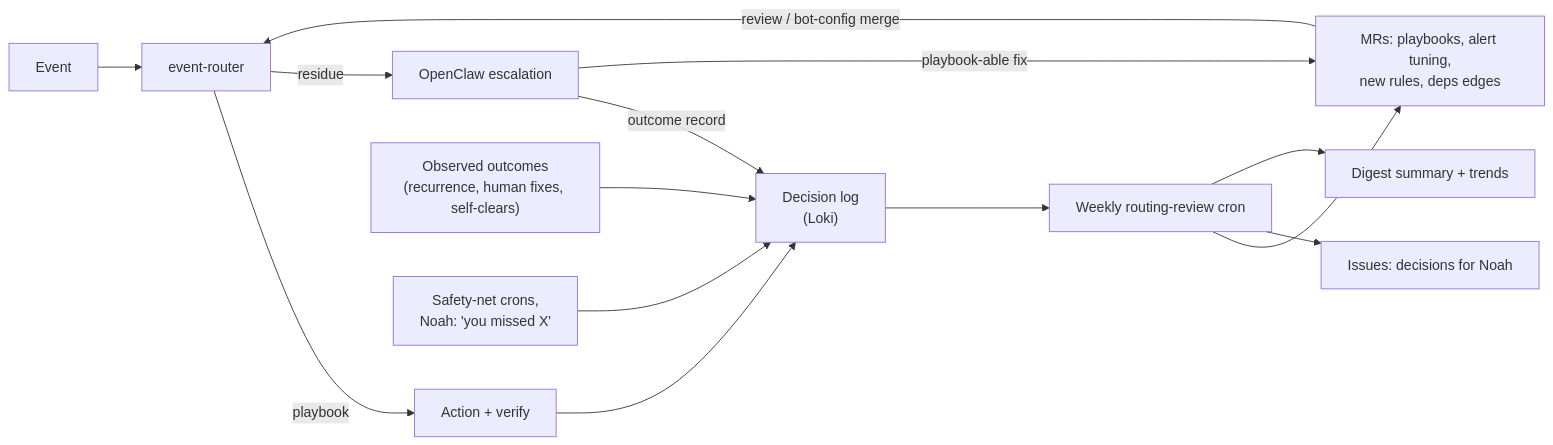
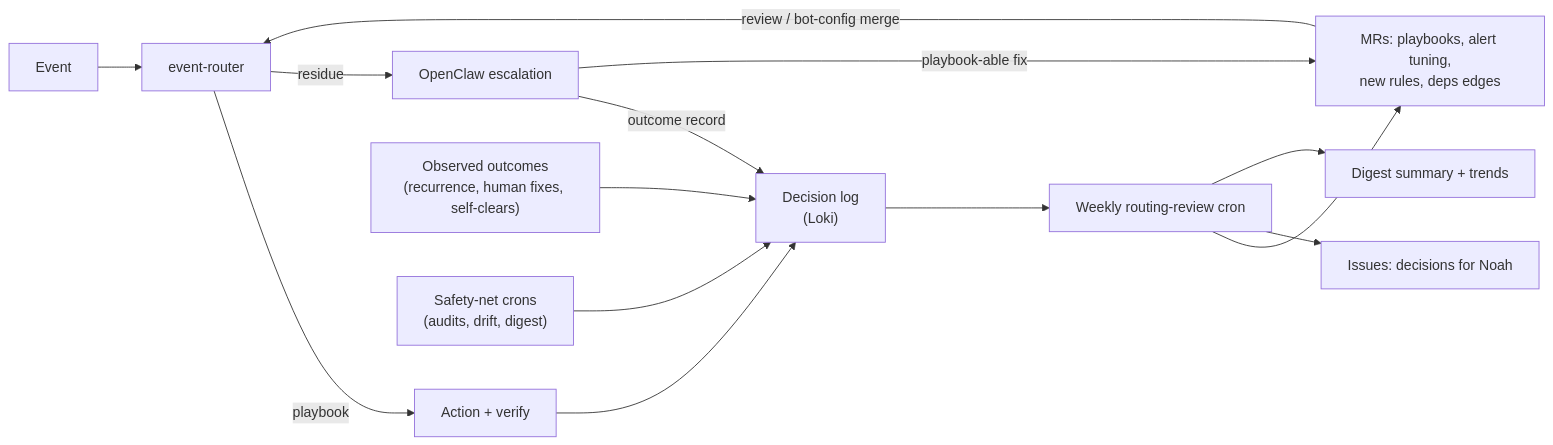
Before and after one commit to konturn/homelab: the third of 3 diagrams in docs/design/event-routing.md, drawn with Mermaid.

Commit message:
docs(event-routing): drop human-report node from diagram

````diff
--- a/docs/design/event-routing.md
+++ b/docs/design/event-routing.md
@@ -536,16 +536,16 @@
 ```mermaid
 graph LR
     ev["Event"] --> rt["event-router"]
     rt -- "playbook" --> pb["Action + verify"]
     rt -- "residue" --> oc["OpenClaw escalation"]
     pb --> dl["Decision log<br/>(Loki)"]
     oc -- "outcome record" --> dl
     fb["Observed outcomes<br/>(recurrence, human fixes, self-clears)"] --> dl
-    poll["Safety-net crons,<br/>Noah: 'you missed X'"] --> dl
+    poll["Safety-net crons<br/>(audits, drift, digest)"] --> dl
     dl --> rev["Weekly routing-review cron"]
     oc -- "playbook-able fix" --> mr["MRs: playbooks, alert tuning,<br/>new rules, deps edges"]
     rev --> mr
     rev --> iss["Issues: decisions for Noah"]
     mr -- "review / bot-config merge" --> rt
     rev --> dig["Digest summary + trends"]
 ```
````
